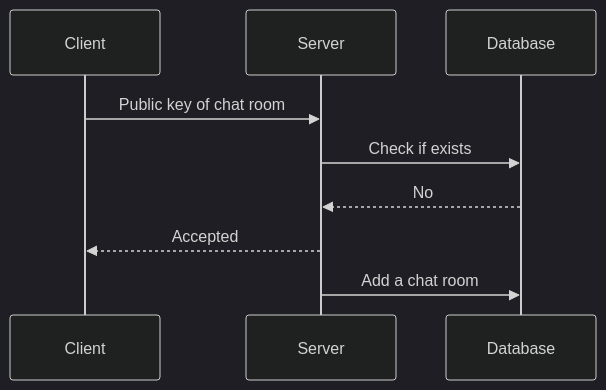
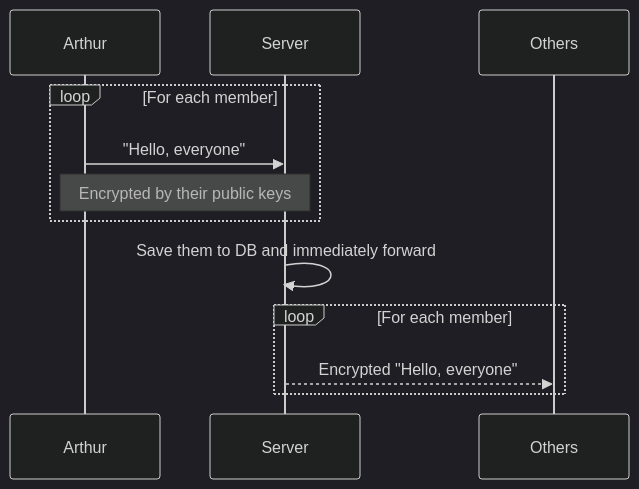
Before and after one commit to liplum/ChatIsland: the fourth of 4 diagrams in README.md, drawn with Mermaid (dark theme). The commit also changed other lines of this file and 2 other files, not shown here.

````diff
--- a/README.md
+++ b/README.md
@@ -67,11 +63,14 @@
 ```mermaid
 sequenceDiagram
-    participant Client
+    participant Arthur
     participant Server
-    participant Database
-    Client->>Server: Public key of chat room 
-    Server->>Database: Check if exists
-    Database-->>Server: No
-    Server-->>Client: Accepted
-    Server->>Database: Add a chat room
+    participant Others
+    loop For each member
+      Arthur->>Server: "Hello, everyone"
+      Note over Arthur,Server: Encrypted by their public keys
+    end
+    Server->>Server: Save them to DB and immediately forward
+    loop For each member
+      Server-->>Others: Encrypted "Hello, everyone"
+    end
 ```
````
